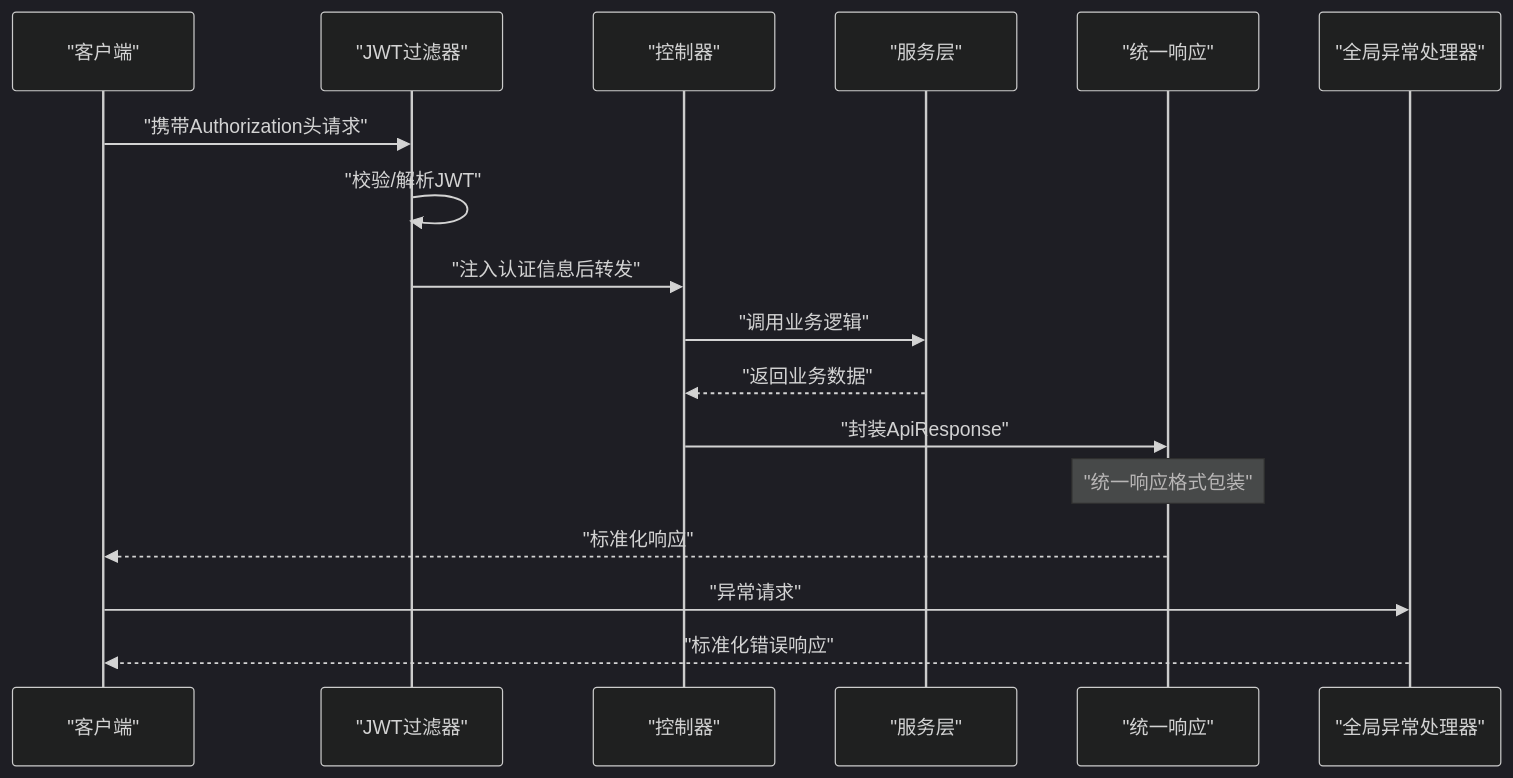
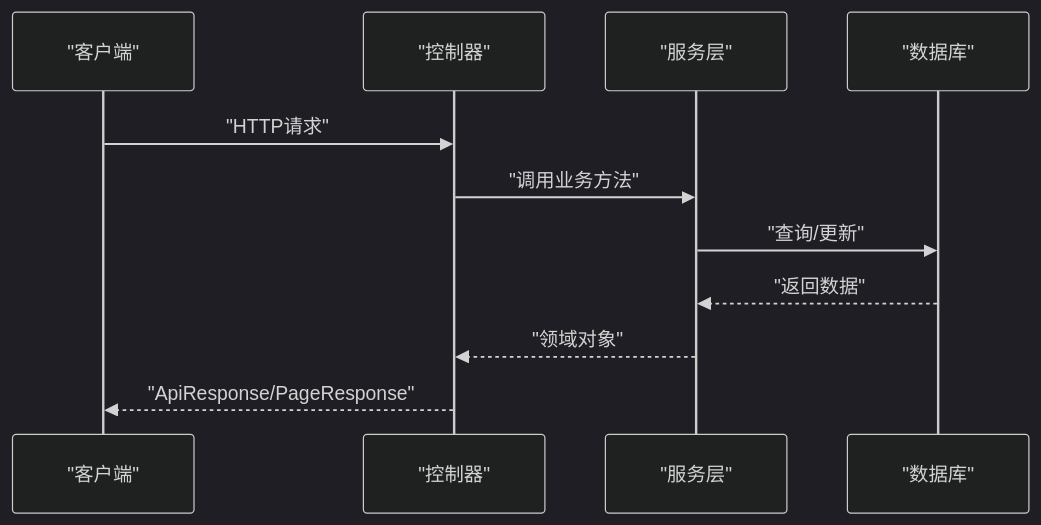
Before and after one commit to koala-xiong/communication-qoder: the second of 3 diagrams in .qoder/repowiki/zh/content/API接口文档/API接口文档.md, drawn with Mermaid (dark theme). The commit also changed other lines of this file and 73 other files, not shown here.

````diff
--- a/.qoder/repowiki/zh/content/API接口文档/API接口文档.md
+++ b/.qoder/repowiki/zh/content/API接口文档/API接口文档.md
@@ -224,19 +118,13 @@
 ```mermaid
 sequenceDiagram
 participant Client as "客户端"
-participant Filter as "JWT过滤器"
-participant Ctl as "控制器"
+participant Ctrl as "控制器"
 participant Svc as "服务层"
-participant Resp as "统一响应"
-participant Handler as "全局异常处理器"
-Client->>Filter : "携带Authorization头请求"
-Filter->>Filter : "校验/解析JWT"
-Filter->>Ctl : "注入认证信息后转发"
-Ctl->>Svc : "调用业务逻辑"
-Svc-->>Ctl : "返回业务数据"
-Ctl->>Resp : "封装ApiResponse"
-Note over Resp : "统一响应格式包装"
-Resp-->>Client : "标准化响应"
-Client->>Handler : "异常请求"
-Handler-->>Client : "标准化错误响应"
+participant DB as "数据库"
+Client->>Ctrl : "HTTP请求"
+Ctrl->>Svc : "调用业务方法"
+Svc->>DB : "查询/更新"
+DB-->>Svc : "返回数据"
+Svc-->>Ctrl : "领域对象"
+Ctrl-->>Client : "ApiResponse/PageResponse"
 ```
````
